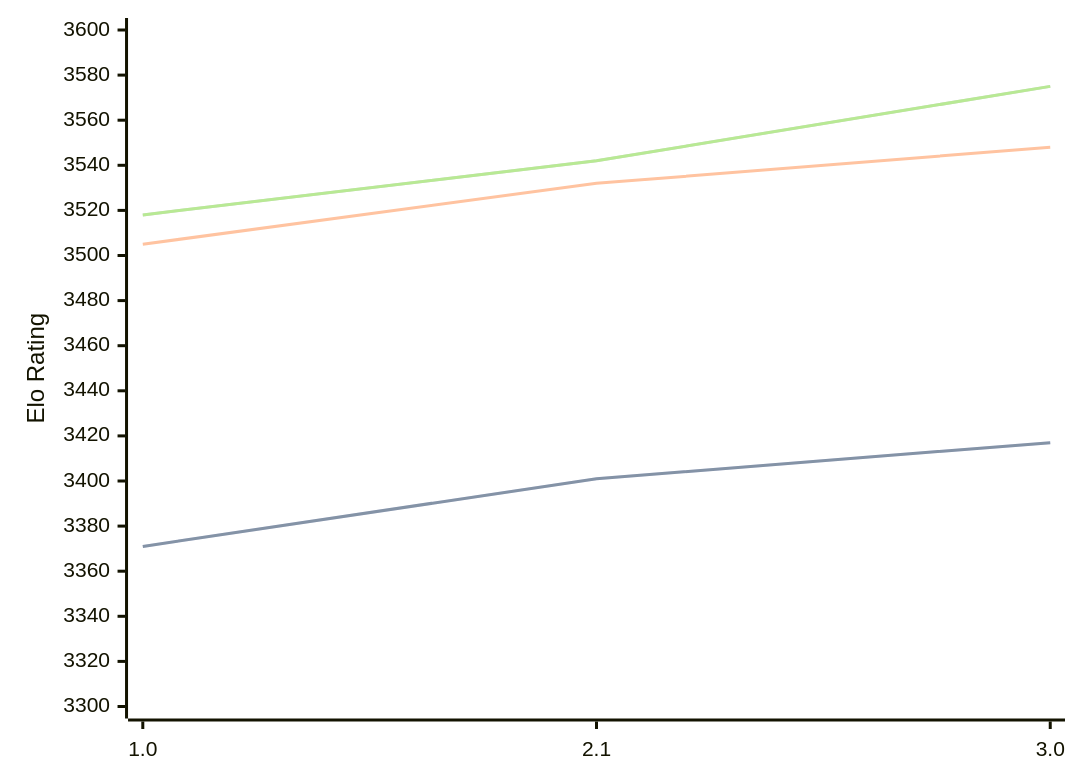
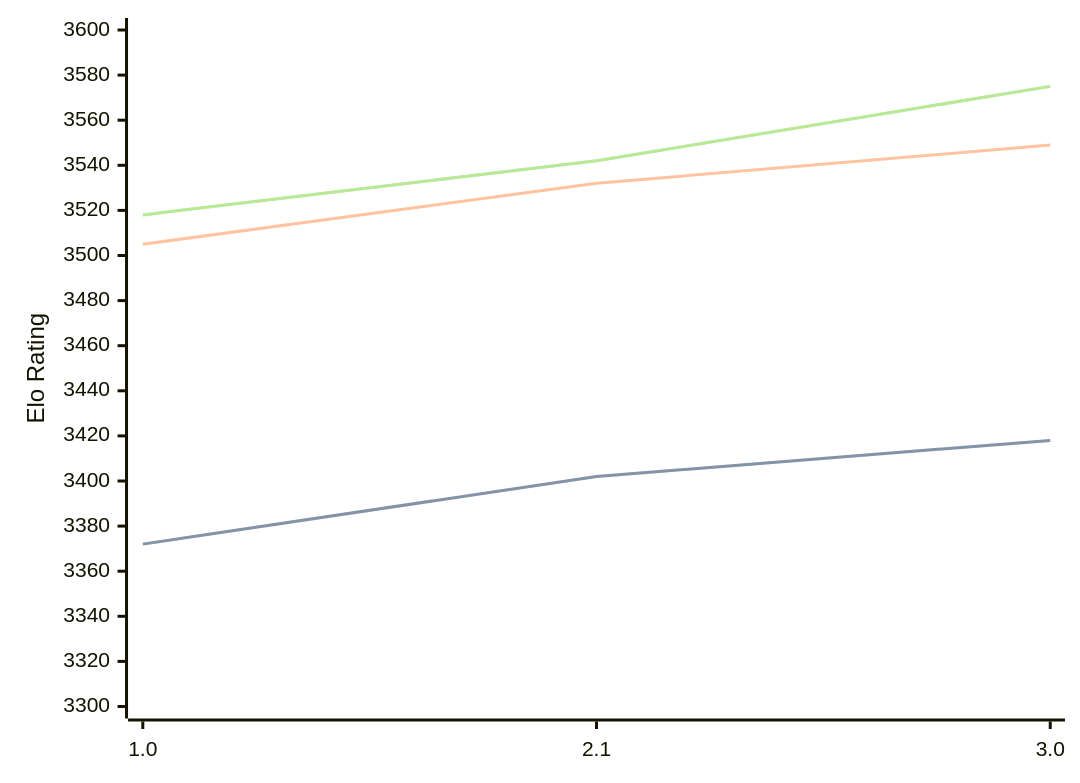
Before and after one commit to computer-chess-index/cci: the diagram in engines/Hobbes.md, drawn with Mermaid. The commit also changed other lines of this file, not shown here.

````diff
--- a/engines/Hobbes.md
+++ b/engines/Hobbes.md
@@ -33,11 +33,11 @@
 ```mermaid
 %%{init: {"theme":"base","themeVariables":{"seriesColors:['#a3a3a3','#222221','#faa371']}}}%%
 xychart-beta
   x-axis ["1.0", "2.1", "3.0"]
   y-axis "Elo Rating" 3300 --> 3600
-  line "STC (8.0+0.08s)" [3371, 3401, 3417]
-  line "STC (8.0+0.08s)" [3371, 3401, 3417]
-  line "LTC (60.0+0.60s)" [3505, 3532, 3548]
+  line "STC (8.0+0.08s)" [3372, 3402, 3418]
+  line "STC (8.0+0.08s)" [3372, 3402, 3418]
+  line "LTC (60.0+0.60s)" [3505, 3532, 3549]
   line "VLTC (2m24s+1.12s)" [3518, 3542, 3575]
   line "VLTC (2m24s+1.12s)" [3518, 3542, 3575]
 ```
````
